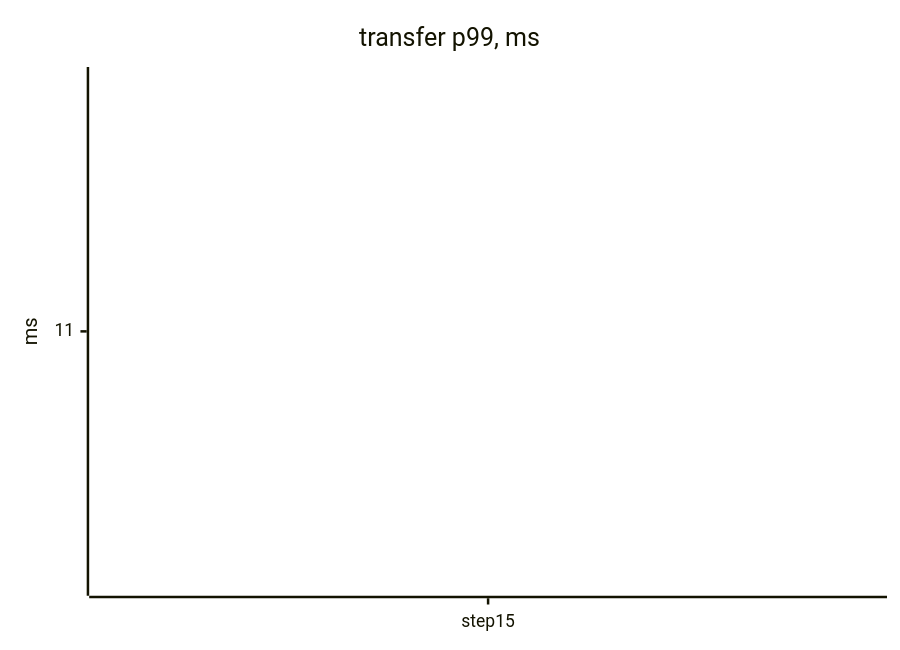
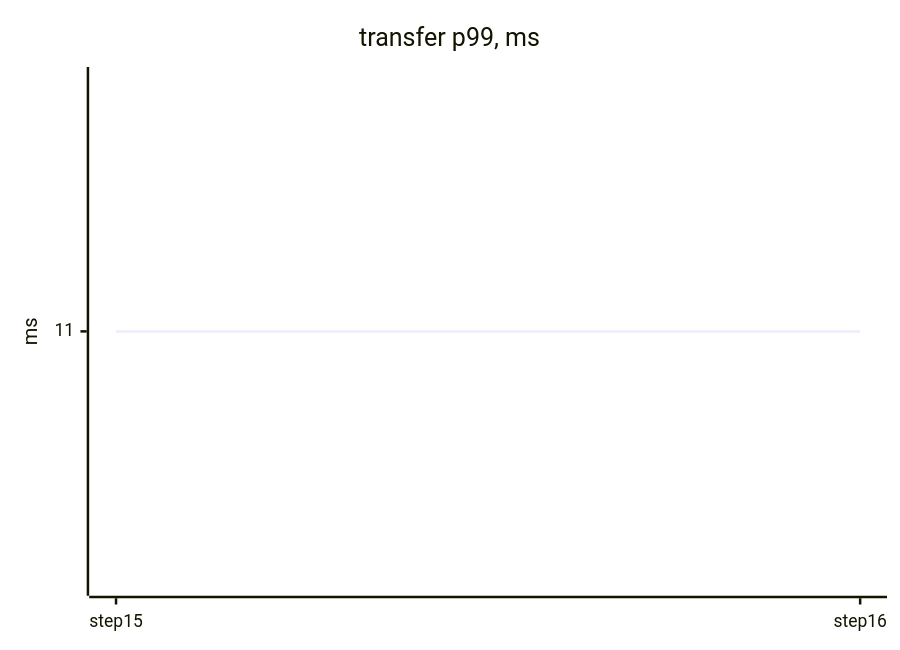
The first of 4 diagrams in docs/perf/README.md (tanvoid0/ledgerflow), drawn with Mermaid before and after one commit. The commit also changed other lines of this file and 8 other files, not shown here.

````diff
--- a/docs/perf/README.md
+++ b/docs/perf/README.md
@@ -18,7 +19,7 @@
 ```mermaid
 xychart-beta
     title "transfer p99, ms"
-    x-axis ["step15"]
+    x-axis ["step15", "step16"]
     y-axis "ms"
-    line [11]
+    line [11, 11]
 ```
````
